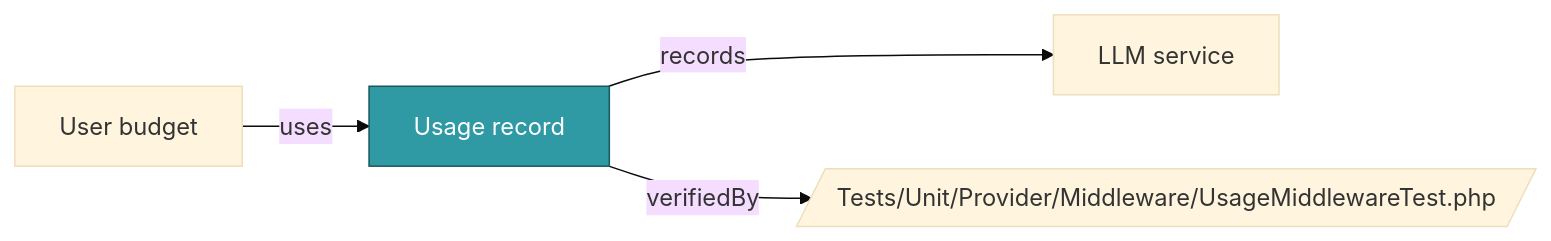
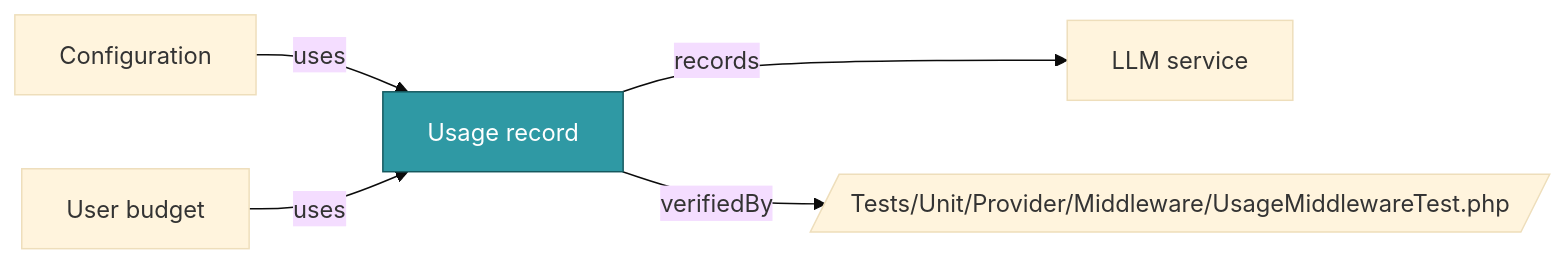
One commit to netresearch/t3x-nr-llm changed the diagram in docs/ontology/concepts/usage-record.md. Above: the diagram before and after it, drawn with Mermaid (base theme). The commit also changed 25 other files, not shown here.

````diff
--- a/docs/ontology/concepts/usage-record.md
+++ b/docs/ontology/concepts/usage-record.md
@@ -19,12 +19,14 @@
 ```mermaid
 flowchart LR
   c["Usage record"]
   n1["LLM service"]
   n2[/"Tests/Unit/Provider/Middleware/UsageMiddlewareTest.php"/]
-  n3["User budget"]
+  n3["Configuration"]
+  n4["User budget"]
   c -->|"records"| n1
   c -->|"verifiedBy"| n2
   n3 -->|"uses"| c
+  n4 -->|"uses"| c
   classDef focus fill:#2F99A4,stroke:#15585E,color:#ffffff
   class c focus
 ```
````
